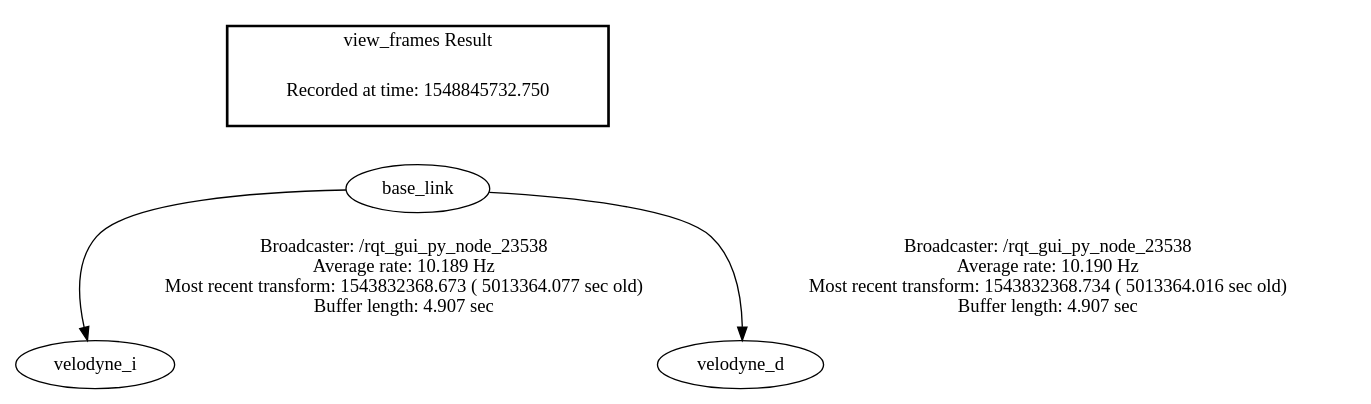
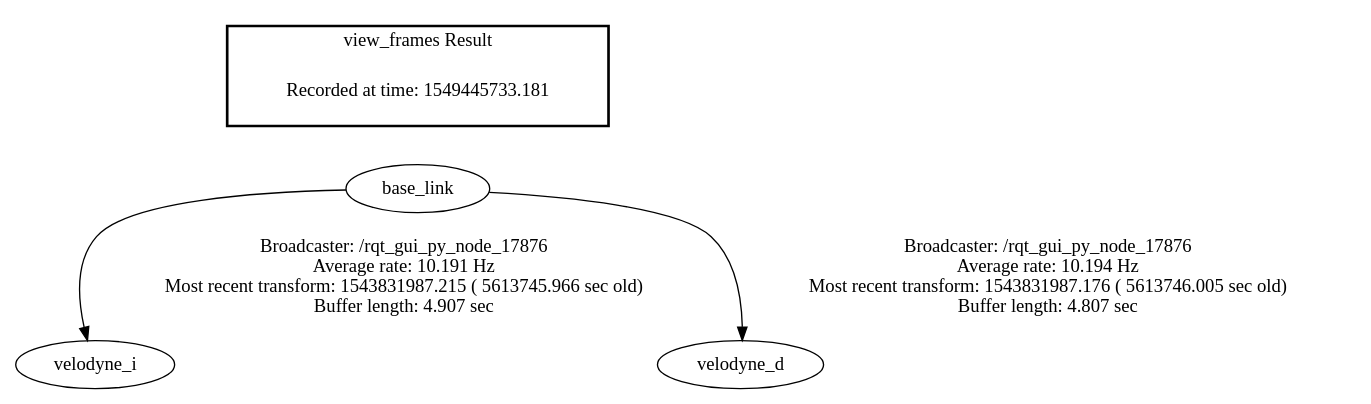
Before and after one commit to ahermosin/TFM_velodyne: the diagram in frames.gv, drawn with Graphviz. The commit also changed 10 other files, not shown here.

```diff
--- a/frames.gv
+++ b/frames.gv
@@ -1,8 +1,8 @@
 digraph G {
-"base_link" -> "velodyne_i"[label="Broadcaster: /rqt_gui_py_node_23538\nAverage rate: 10.189 Hz\nMost recent transform: 1543832368.673 ( 5013364.077 sec old)\nBuffer length: 4.907 sec\n"];
-"base_link" -> "velodyne_d"[label="Broadcaster: /rqt_gui_py_node_23538\nAverage rate: 10.190 Hz\nMost recent transform: 1543832368.734 ( 5013364.016 sec old)\nBuffer length: 4.907 sec\n"];
+"base_link" -> "velodyne_i"[label="Broadcaster: /rqt_gui_py_node_17876\nAverage rate: 10.191 Hz\nMost recent transform: 1543831987.215 ( 5613745.966 sec old)\nBuffer length: 4.907 sec\n"];
+"base_link" -> "velodyne_d"[label="Broadcaster: /rqt_gui_py_node_17876\nAverage rate: 10.194 Hz\nMost recent transform: 1543831987.176 ( 5613746.005 sec old)\nBuffer length: 4.807 sec\n"];
 edge [style=invis];
  subgraph cluster_legend { style=bold; color=black; label ="view_frames Result";
-"Recorded at time: 1548845732.750"[ shape=plaintext ] ;
+"Recorded at time: 1549445733.181"[ shape=plaintext ] ;
  }->"base_link";
 }
```
